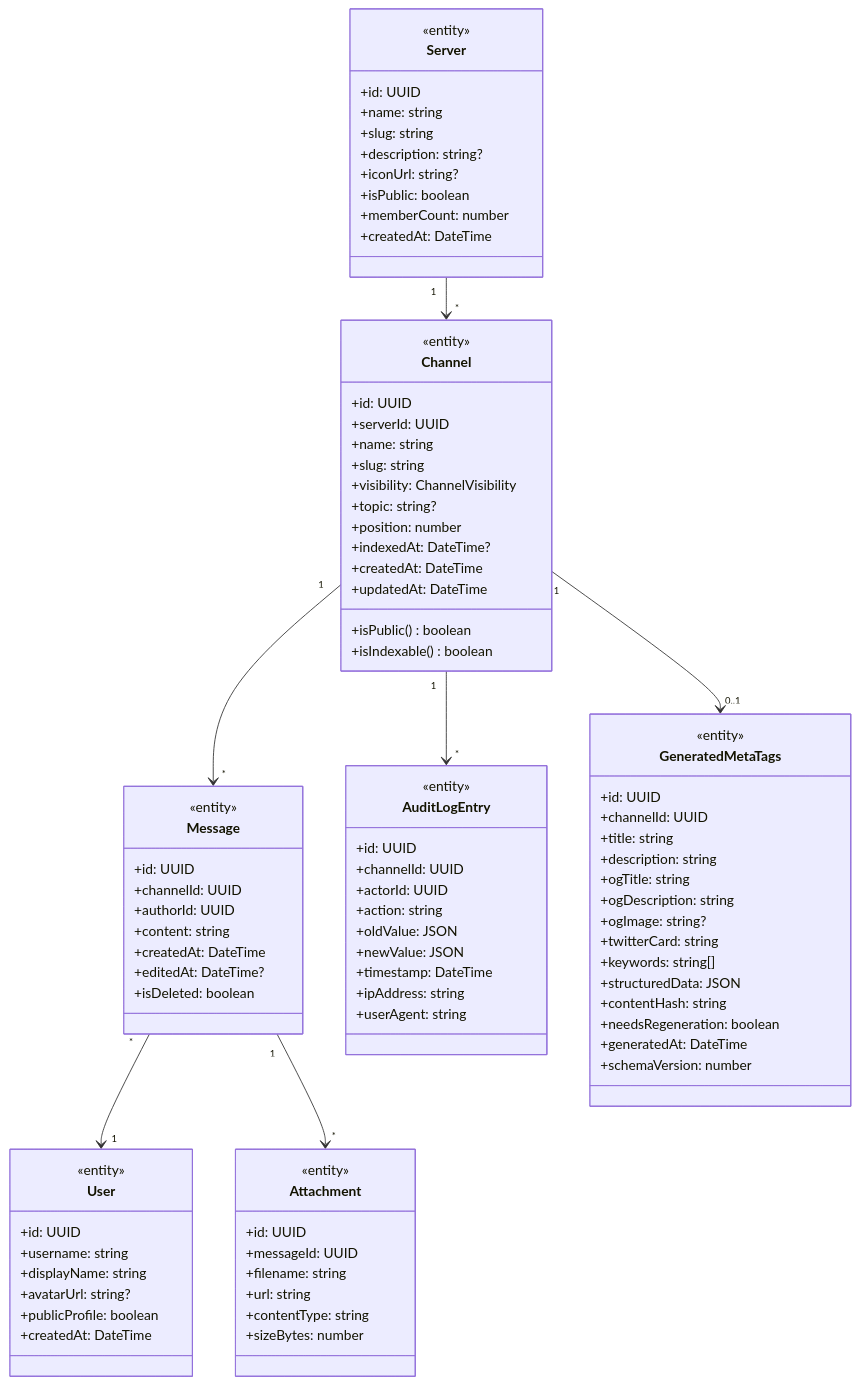
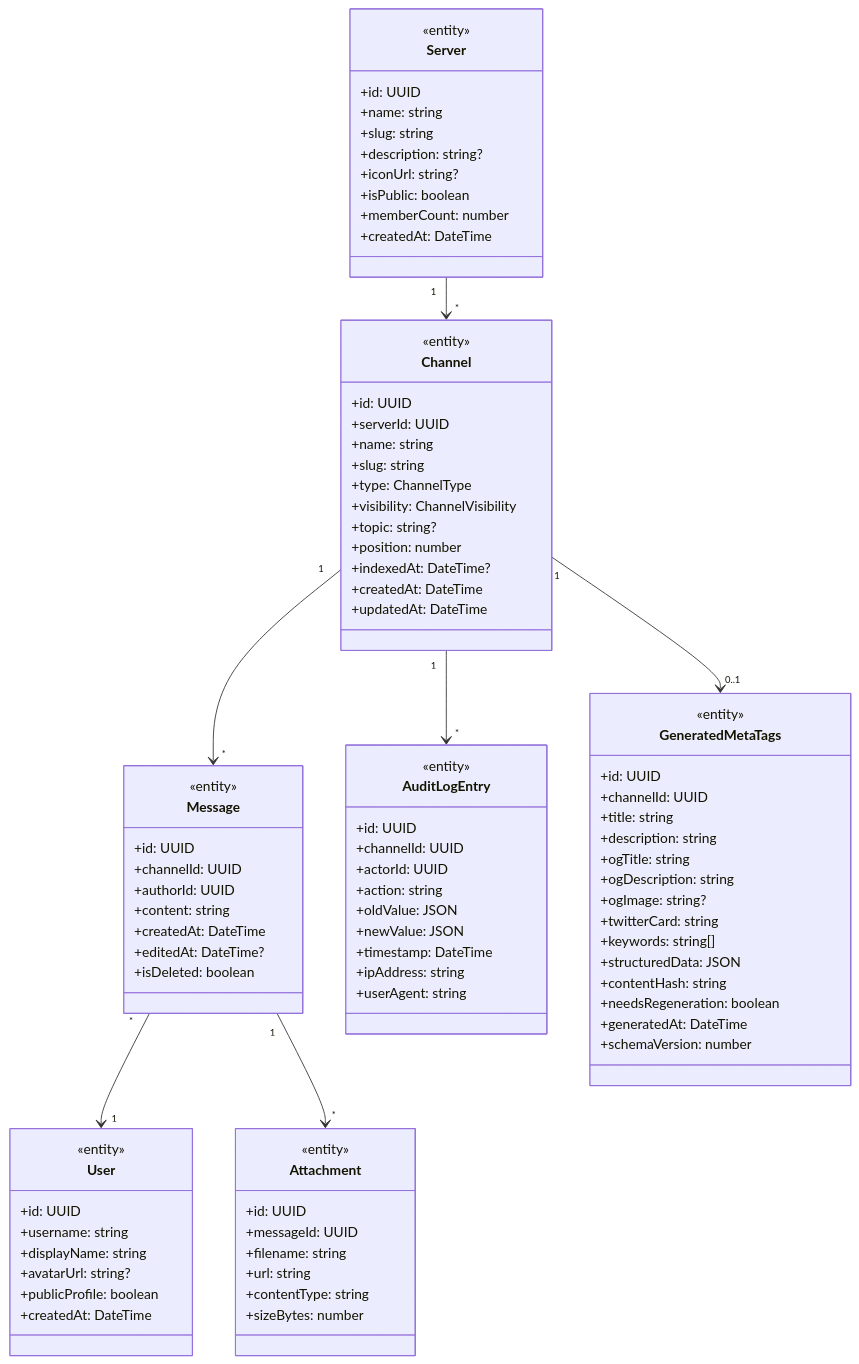
The second of 24 diagrams in docs/unified-backend-architecture.md (acabrera04/Harmony), drawn with Mermaid before and after one commit. The commit also changed other lines of this file, not shown here.

```diff
--- a/docs/unified-backend-architecture.md
+++ b/docs/unified-backend-architecture.md
@@ -156,14 +156,13 @@
         +serverId: UUID
         +name: string
         +slug: string
+        +type: ChannelType
         +visibility: ChannelVisibility
         +topic: string?
         +position: number
         +indexedAt: DateTime?
         +createdAt: DateTime
         +updatedAt: DateTime
-        +isPublic() boolean
-        +isIndexable() boolean
     }
 
     class Message {
```
